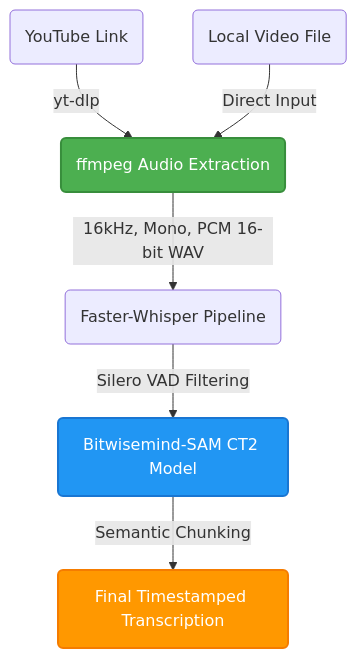
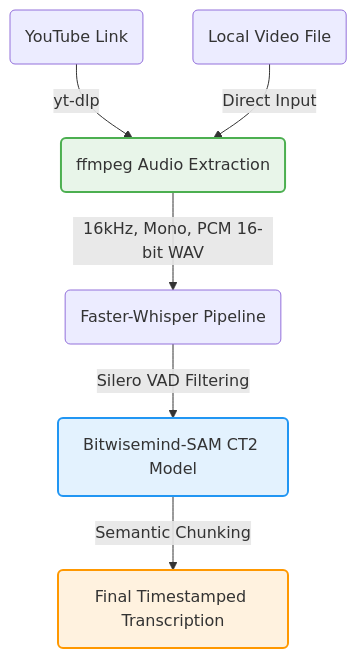
Before and after one commit to JyotismoyKalita/BengaliYoutubeTranscription: the third of 4 diagrams in docs/index.md, drawn with Mermaid. The commit also changed other lines of this file and 3 other files, not shown here.

````diff
--- a/docs/index.md
+++ b/docs/index.md
@@ -358,11 +398,17 @@
 ```mermaid
 graph TD
     A1("YouTube Link") -->|yt-dlp| B("ffmpeg Audio Extraction")
     A2("Local Video File") -->|Direct Input| B
     B -->|"16kHz, Mono, PCM 16-bit WAV"| C("Faster-Whisper Pipeline")
     C -->|Silero VAD Filtering| D("Bitwisemind-SAM CT2 Model")
     D -->|Semantic Chunking| E("Final Timestamped Transcription")
-    style B fill:#4CAF50,stroke:#388E3C,stroke-width:2px,color:white
-    style D fill:#2196F3,stroke:#1976D2,stroke-width:2px,color:white
-    style E fill:#FF9800,stroke:#F57C00,stroke-width:2px,color:white
+
+    %% Lock down hardcoded fallback Hex colors so the internal parser engine doesn't crash
+    classDef success fill:#4caf5020,stroke:#4CAF50,stroke-width:2px;
+    classDef info fill:#2196f320,stroke:#2196F3,stroke-width:2px;
+    classDef warning fill:#ff980020,stroke:#FF9800,stroke-width:2px;
+
+    class B success;
+    class D info;
+    class E warning;
 ```
````
